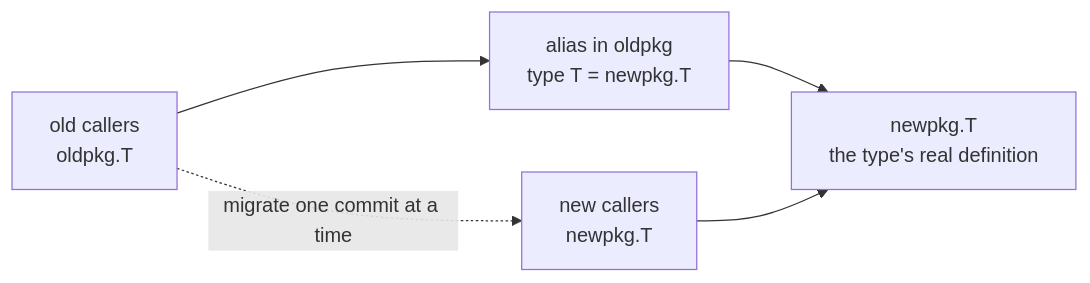
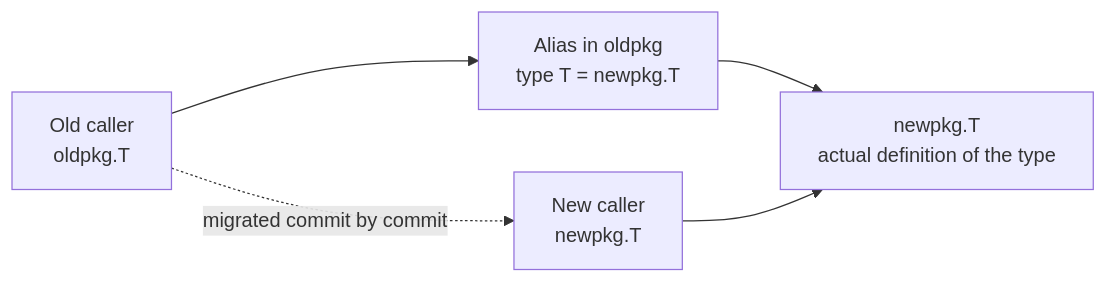
The diagram in book/en-us/part2lang/ch04type/alias.md (golang-design/under-the-hood), drawn with Mermaid before and after one commit. The commit also changed other lines of this file and 24 other files, not shown here.

````diff
--- a/book/en-us/part2lang/ch04type/alias.md
+++ b/book/en-us/part2lang/ch04type/alias.md
@@ -134,7 +197,7 @@
 ```mermaid
 flowchart LR
-	OC["old callers<br/>oldpkg.T"] --> AL["alias in oldpkg<br/>type T = newpkg.T"]
-	AL --> NEW["newpkg.T<br/>the type's real definition"]
-	NC["new callers<br/>newpkg.T"] --> NEW
-	OC -. migrate one commit at a time .-> NC
+	OC["Old caller<br/>oldpkg.T"] --> AL["Alias in oldpkg<br/>type T = newpkg.T"]
+	AL --> NEW["newpkg.T<br/>actual definition of the type"]
+	NC["New caller<br/>newpkg.T"] --> NEW
+	OC -. migrated commit by commit .-> NC
 ```
````
